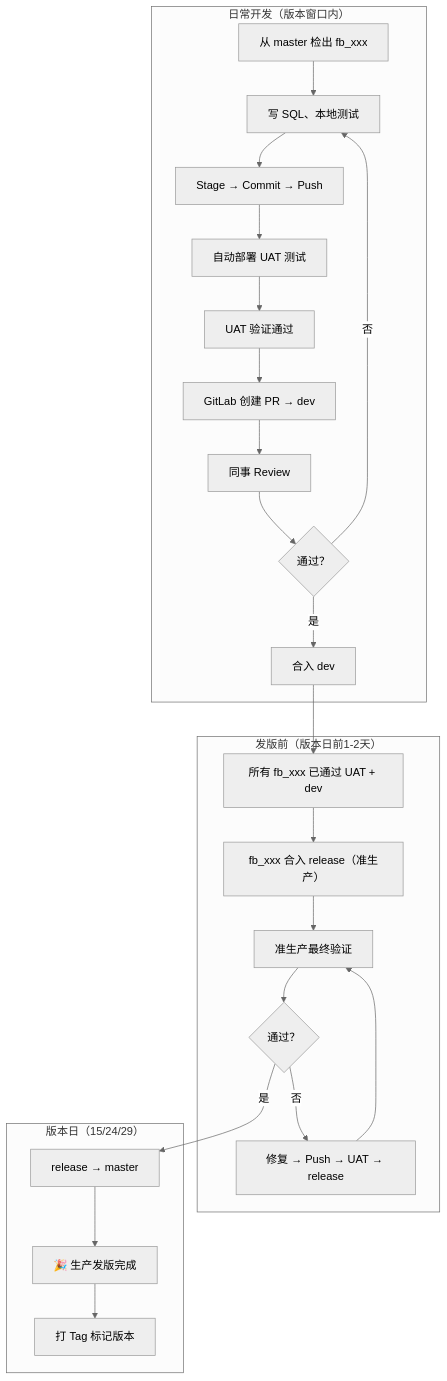
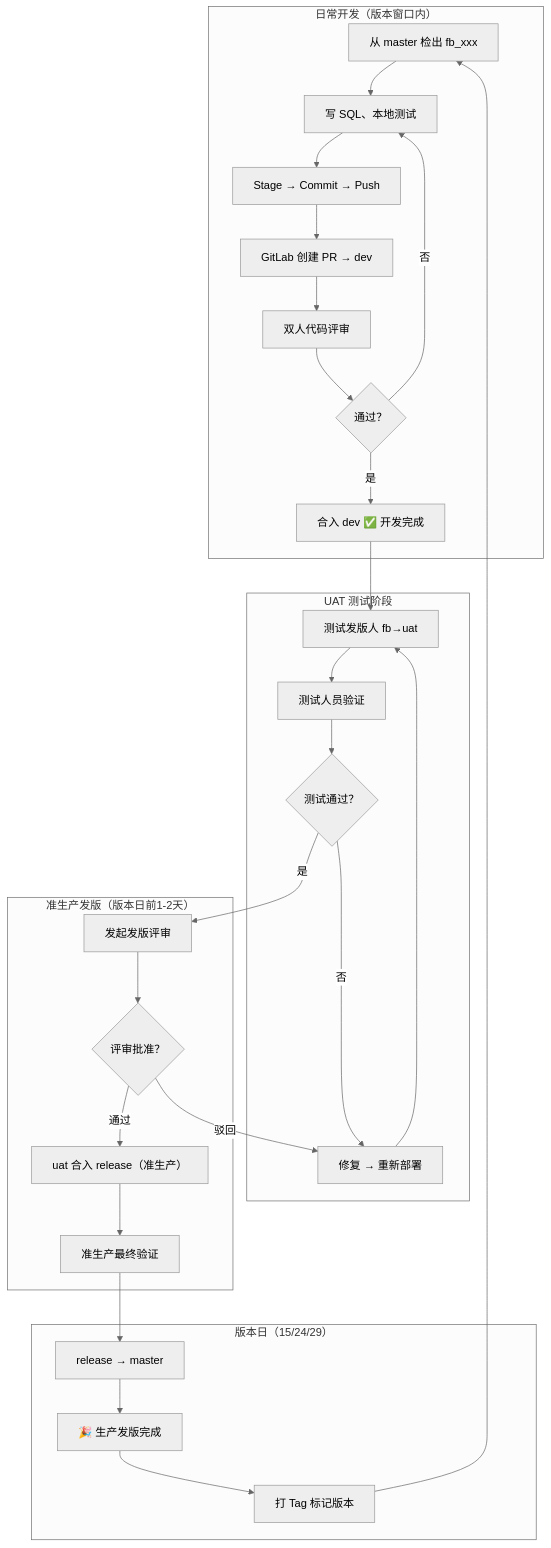
Before and after one commit to livebug/vpblogs: diagram 19 of 19 in docs/learn/VSCodeEx/2026-07-11-vscode-git-guide.md, drawn with Mermaid (neutral theme). The commit also changed other lines of this file and 6 other files, not shown here.

First line of the commit message:
feat: ETL Git 操作手册 + Mermaid 图表渲染 + 页面美化

````diff
--- a/docs/learn/VSCodeEx/2026-07-11-vscode-git-guide.md
+++ b/docs/learn/VSCodeEx/2026-07-11-vscode-git-guide.md
@@ -755,29 +774,35 @@
 ```mermaid
 flowchart TD
     subgraph "日常开发（版本窗口内）"
         A["从 master 检出 fb_xxx"] --> B["写 SQL、本地测试"]
         B --> C["Stage → Commit → Push"]
-        C --> D["自动部署 UAT 测试"]
-        D --> E["UAT 验证通过"]
-        E --> F["GitLab 创建 PR → dev"]
-        F --> G["同事 Review"]
-        G --> H{"通过？"}
-        H -->|"否"| B
-        H -->|"是"| I["合入 dev"]
+        C --> D["GitLab 创建 PR → dev"]
+        D --> E["双人代码评审"]
+        E --> F{"通过？"}
+        F -->|"否"| B
+        F -->|"是"| G["合入 dev ✅ 开发完成"]
     end
     
-    subgraph "发版前（版本日前1-2天）"
-        I --> J["所有 fb_xxx 已通过 UAT + dev"]
-        J --> K["fb_xxx 合入 release（准生产）"]
-        K --> L["准生产最终验证"]
-        L --> M{"通过？"}
-        M -->|"否"| N["修复 → Push → UAT → release"]
-        N --> L
+    subgraph "UAT 测试阶段"
+        G --> H["测试发版人 fb→uat"]
+        H --> I["测试人员验证"]
+        I --> J{"测试通过？"}
+        J -->|"否"| K["修复 → 重新部署"]
+        K --> H
+    end
+    
+    subgraph "准生产发版（版本日前1-2天）"
+        J -->|"是"| L["发起发版评审"]
+        L --> M{"评审批准？"}
+        M -->|"驳回"| K
+        M -->|"通过"| N["uat 合入 release（准生产）"]
+        N --> O["准生产最终验证"]
     end
     
     subgraph "版本日（15/24/29）"
-        M -->|"是"| O["release → master"]
-        O --> P["🎉 生产发版完成"]
-        P --> Q["打 Tag 标记版本"]
+        O --> P["release → master"]
+        P --> Q["🎉 生产发版完成"]
+        Q --> R["打 Tag 标记版本"]
+        R --> A
     end
 ```
````
